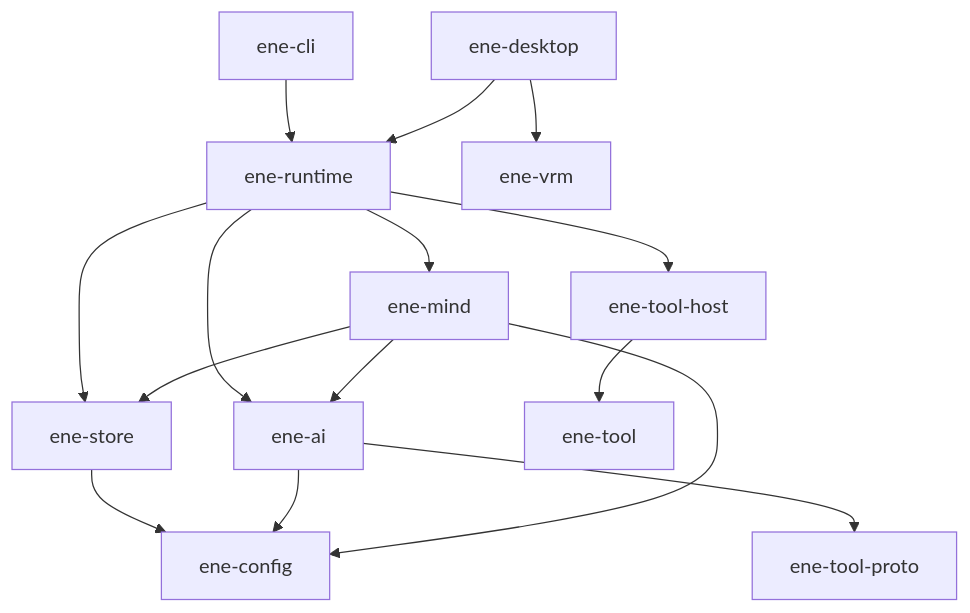
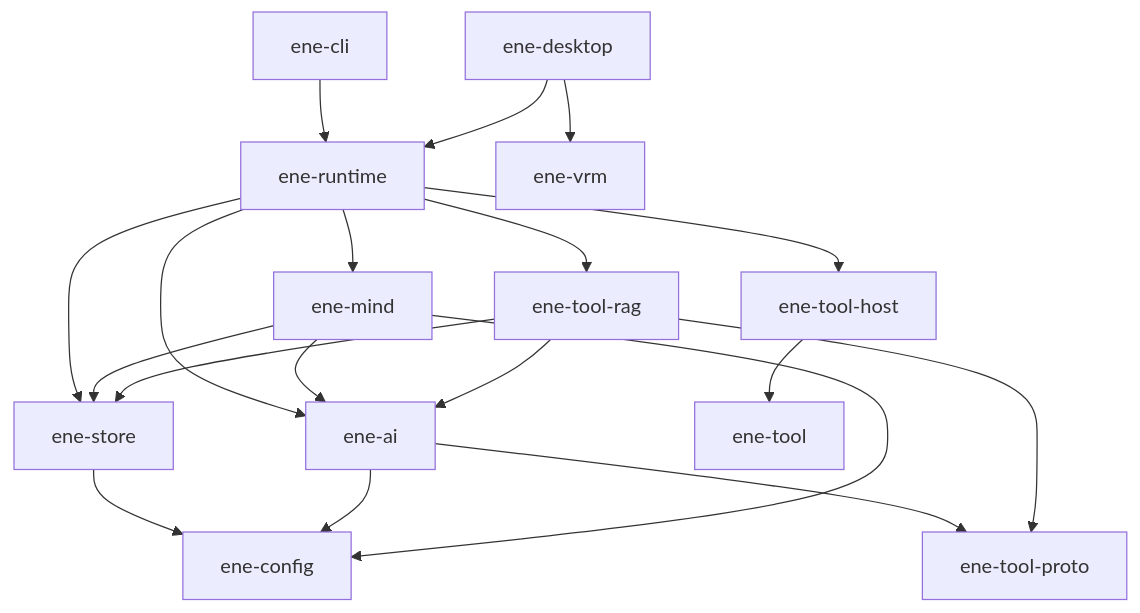
The diagram in docs/architecture/api-v2.md (pexisgle/ene), drawn with Mermaid before and after one commit. The commit also changed other lines of this file and 22 other files, not shown here.

First line of the commit message:
feat: extract ToolRAG to ene-tool-rag crate (fix #153)

````diff
--- a/docs/architecture/api-v2.md
+++ b/docs/architecture/api-v2.md
@@ -63,17 +65,21 @@
 ```mermaid
 flowchart TD
   cli["ene-cli"] --> runtime["ene-runtime"]
   desktop["ene-desktop"] --> runtime
   desktop --> vrm["ene-vrm"]
   runtime --> mind["ene-mind"]
   runtime --> store["ene-store"]
   runtime --> ai["ene-ai"]
   runtime --> toolHost["ene-tool-host"]
+  runtime --> toolRag["ene-tool-rag"]
   mind --> store
   mind --> ai
   ai --> toolProto["ene-tool-proto"]
   toolHost --> tool["ene-tool"]
+  toolRag --> ai
+  toolRag --> store
+  toolRag --> toolProto
   store --> config["ene-config"]
   ai --> config
   mind --> config
 ```
````
